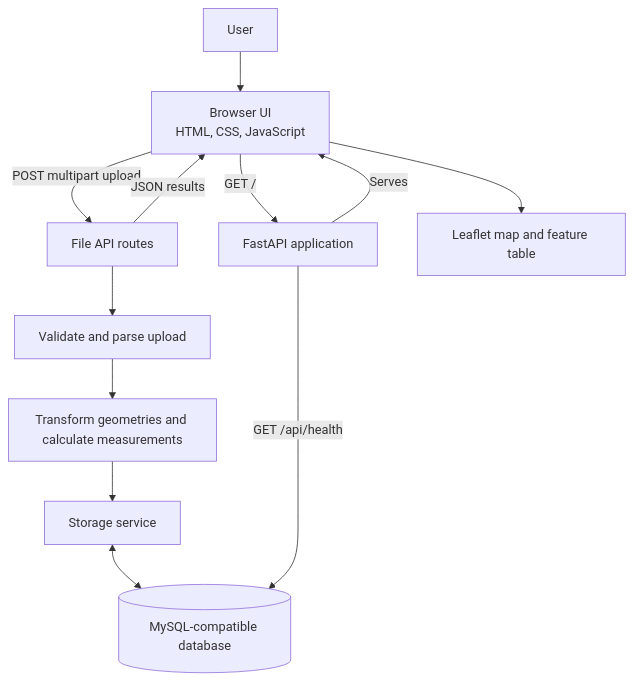
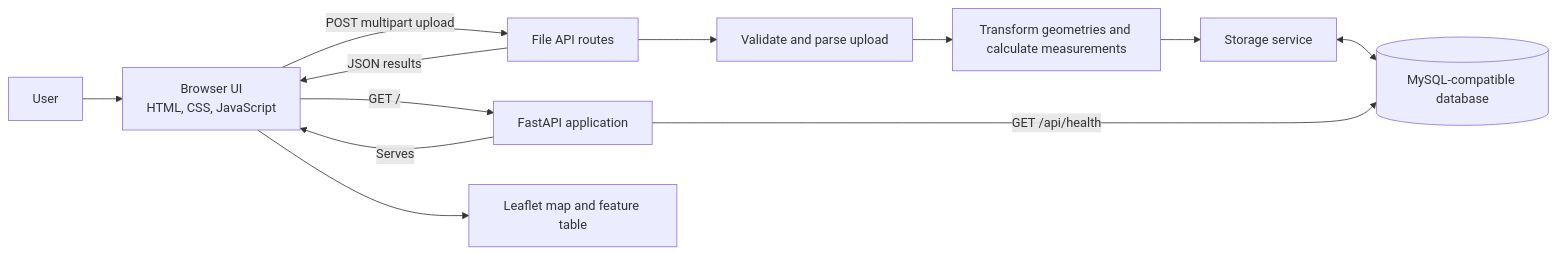
The diagram in README.md (Harshitha722/Arero_QGIS), drawn with Mermaid before and after one commit.

Commit message:
Updated Architecture View

````diff
--- a/README.md
+++ b/README.md
@@ -32,14 +32,14 @@
 ```mermaid
-flowchart TD
+flowchart LR
     User --> Browser
     Browser[Browser UI<br/>HTML, CSS, JavaScript] -->|GET /| App[FastAPI application]
     Browser -->|POST multipart upload| Routes[File API routes]
     Routes --> Validate[Validate and parse upload]
     Validate --> Measure[Transform geometries and calculate measurements]
     Measure --> Store[Storage service]
     Store <--> DB[(MySQL-compatible database)]
     Routes -->|JSON results| Browser
     App -->|Serves| Browser
     Browser --> Map[Leaflet map and feature table]
     App -->|GET /api/health| DB
 ```
````
